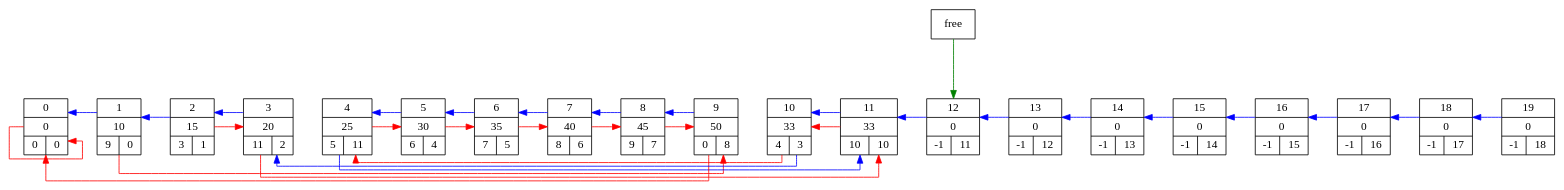
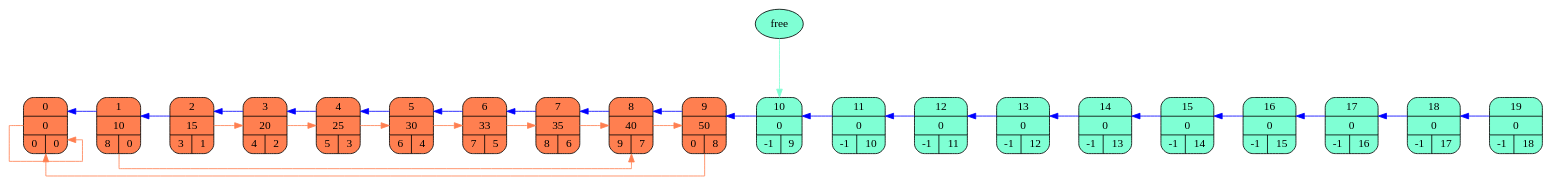
The diagram in src/graph.dot (lizz-kuzz/list), drawn with Graphviz before and after one commit. The commit also changed 20 other files, not shown here.

```diff
--- a/src/graph.dot
+++ b/src/graph.dot
@@ -1,83 +1,82 @@
 digraph {
 	
 nodesep = 1
 	splines = ortho
-	node [shape=record]
+	node [shape=Mrecord]
 	rankdir=LR
 
-	struct0 [label="0|0|{0|0}"]
-	struct1 [label="1|10|{9|0}"]
-	struct2 [label="2|15|{3|1}"]
-	struct3 [label="3|20|{11|2}"]
-	struct4 [label="4|25|{5|11}"]
-	struct5 [label="5|30|{6|4}"]
-	struct6 [label="6|35|{7|5}"]
-	struct7 [label="7|40|{8|6}"]
-	struct8 [label="8|45|{9|7}"]
-	struct9 [label="9|50|{0|8}"]
-	struct10 [label="10|33|{4|3}"]
-	struct11 [label="11|33|{10|10}"]
-	struct12 [label="12|0|{-1|11}"]
-	struct13 [label="13|0|{-1|12}"]
-	struct14 [label="14|0|{-1|13}"]
-	struct15 [label="15|0|{-1|14}"]
-	struct16 [label="16|0|{-1|15}"]
-	struct17 [label="17|0|{-1|16}"]
-	struct18 [label="18|0|{-1|17}"]
-	struct19 [label="19|0|{-1|18}"]
+	struct0 [style=filled, fillcolor="#FF7F50", label="0|0|{0|0}"]
+	struct1 [style=filled, fillcolor="#FF7F50", label="1|10|{8|0}"]
+	struct2 [style=filled, fillcolor="#FF7F50", label="2|15|{3|1}"]
+	struct3 [style=filled, fillcolor="#FF7F50", label="3|20|{4|2}"]
+	struct4 [style=filled, fillcolor="#FF7F50", label="4|25|{5|3}"]
+	struct5 [style=filled, fillcolor="#FF7F50", label="5|30|{6|4}"]
+	struct6 [style=filled, fillcolor="#FF7F50", label="6|33|{7|5}"]
+	struct7 [style=filled, fillcolor="#FF7F50", label="7|35|{8|6}"]
+	struct8 [style=filled, fillcolor="#FF7F50", label="8|40|{9|7}"]
+	struct9 [style=filled, fillcolor="#FF7F50", label="9|50|{0|8}"]
+	struct10 [style=filled, fillcolor="#7FFFD4", label="10|0|{-1|9}"]
+	struct11 [style=filled, fillcolor="#7FFFD4", label="11|0|{-1|10}"]
+	struct12 [style=filled, fillcolor="#7FFFD4", label="12|0|{-1|11}"]
+	struct13 [style=filled, fillcolor="#7FFFD4", label="13|0|{-1|12}"]
+	struct14 [style=filled, fillcolor="#7FFFD4", label="14|0|{-1|13}"]
+	struct15 [style=filled, fillcolor="#7FFFD4", label="15|0|{-1|14}"]
+	struct16 [style=filled, fillcolor="#7FFFD4", label="16|0|{-1|15}"]
+	struct17 [style=filled, fillcolor="#7FFFD4", label="17|0|{-1|16}"]
+	struct18 [style=filled, fillcolor="#7FFFD4", label="18|0|{-1|17}"]
+	struct19 [style=filled, fillcolor="#7FFFD4", label="19|0|{-1|18}"]
 
 	struct0 -> struct1 [weight=1000, style="invis"] 
 	struct1 -> struct2 [weight=1000, style="invis"] 
 	struct2 -> struct3 [weight=1000, style="invis"] 
 	struct3 -> struct4 [weight=1000, style="invis"] 
 	struct4 -> struct5 [weight=1000, style="invis"] 
 	struct5 -> struct6 [weight=1000, style="invis"] 
 	struct6 -> struct7 [weight=1000, style="invis"] 
 	struct7 -> struct8 [weight=1000, style="invis"] 
 	struct8 -> struct9 [weight=1000, style="invis"] 
 	struct9 -> struct10 [weight=1000, style="invis"] 
 	struct10 -> struct11 [weight=1000, style="invis"] 
 	struct11 -> struct12 [weight=1000, style="invis"] 
 	struct12 -> struct13 [weight=1000, style="invis"] 
 	struct13 -> struct14 [weight=1000, style="invis"] 
 	struct14 -> struct15 [weight=1000, style="invis"] 
 	struct15 -> struct16 [weight=1000, style="invis"] 
 	struct16 -> struct17 [weight=1000, style="invis"] 
 	struct17 -> struct18 [weight=1000, style="invis"] 
 	struct18 -> struct19 [weight=1000, style="invis"] 
 
-	struct0 -> struct0 [color="red", constraint=fasle] 
-	struct1 -> struct9 [color="red", constraint=fasle] 
-	struct2 -> struct3 [color="red", constraint=fasle] 
-	struct3 -> struct11 [color="red", constraint=fasle] 
-	struct4 -> struct5 [color="red", constraint=fasle] 
-	struct5 -> struct6 [color="red", constraint=fasle] 
-	struct6 -> struct7 [color="red", constraint=fasle] 
-	struct7 -> struct8 [color="red", constraint=fasle] 
-	struct8 -> struct9 [color="red", constraint=fasle] 
-	struct9 -> struct0 [color="red", constraint=fasle] 
-	struct10 -> struct4 [color="red", constraint=fasle] 
-	struct11 -> struct10 [color="red", constraint=fasle] 
+	struct0 -> struct0 [color="#FF7F50", constraint=fasle] 
+	struct1 -> struct8 [color="#FF7F50", constraint=fasle] 
+	struct2 -> struct3 [color="#FF7F50", constraint=fasle] 
+	struct3 -> struct4 [color="#FF7F50", constraint=fasle] 
+	struct4 -> struct5 [color="#FF7F50", constraint=fasle] 
+	struct5 -> struct6 [color="#FF7F50", constraint=fasle] 
+	struct6 -> struct7 [color="#FF7F50", constraint=fasle] 
+	struct7 -> struct8 [color="#FF7F50", constraint=fasle] 
+	struct8 -> struct9 [color="#FF7F50", constraint=fasle] 
+	struct9 -> struct0 [color="#FF7F50", constraint=fasle] 
 
 	struct1 -> struct0 [color="blue", constraint=fasle]
 	struct2 -> struct1 [color="blue", constraint=fasle]
 	struct3 -> struct2 [color="blue", constraint=fasle]
-	struct4 -> struct11 [color="blue", constraint=fasle]
+	struct4 -> struct3 [color="blue", constraint=fasle]
 	struct5 -> struct4 [color="blue", constraint=fasle]
 	struct6 -> struct5 [color="blue", constraint=fasle]
 	struct7 -> struct6 [color="blue", constraint=fasle]
 	struct8 -> struct7 [color="blue", constraint=fasle]
 	struct9 -> struct8 [color="blue", constraint=fasle]
-	struct10 -> struct3 [color="blue", constraint=fasle]
+	struct10 -> struct9 [color="blue", constraint=fasle]
 	struct11 -> struct10 [color="blue", constraint=fasle]
 	struct12 -> struct11 [color="blue", constraint=fasle]
 	struct13 -> struct12 [color="blue", constraint=fasle]
 	struct14 -> struct13 [color="blue", constraint=fasle]
 	struct15 -> struct14 [color="blue", constraint=fasle]
 	struct16 -> struct15 [color="blue", constraint=fasle]
 	struct17 -> struct16 [color="blue", constraint=fasle]
 	struct18 -> struct17 [color="blue", constraint=fasle]
 	struct19 -> struct18 [color="blue", constraint=fasle]
 
-	free -> struct12 [color="green"] {rank = same; free; struct12;};
+	free [shape=oval, style=filled, fillcolor="#7FFFD4"]
+	free -> struct10 [color="#7FFFD4"] {rank = same; free; struct10;};
 }
```
